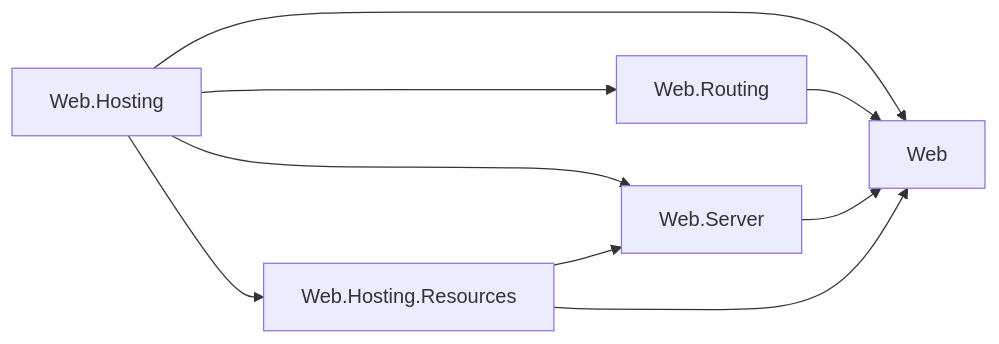
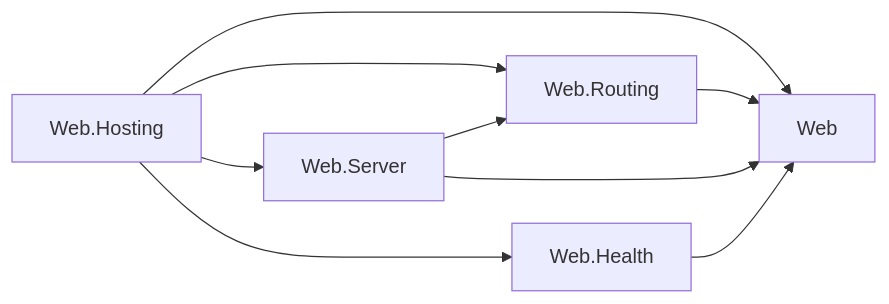
The first of 2 diagrams in docs/dotnet-apis/resources/web/assimalign-cohesion-web-hosting/design.md (assimalign/cohesion-docs), drawn with Mermaid before and after one commit. The commit also changed other lines of this file and 194 other files, not shown here.

````diff
--- a/docs/dotnet-apis/resources/web/assimalign-cohesion-web-hosting/design.md
+++ b/docs/dotnet-apis/resources/web/assimalign-cohesion-web-hosting/design.md
@@ -43,11 +42,11 @@
 ```mermaid
 flowchart LR
     Runtime["Web.Hosting"] --> Root["Web"]
     Runtime --> Routing["Web.Routing"]
     Runtime --> Server["Web.Server"]
-    Runtime --> Resources["Web.Hosting.Resources"]
+    Runtime --> Health["Web.Health"]
     Routing --> Root
     Server --> Root
-    Resources --> Root
-    Resources --> Server
+    Server --> Routing
+    Health --> Root
 ```
````
